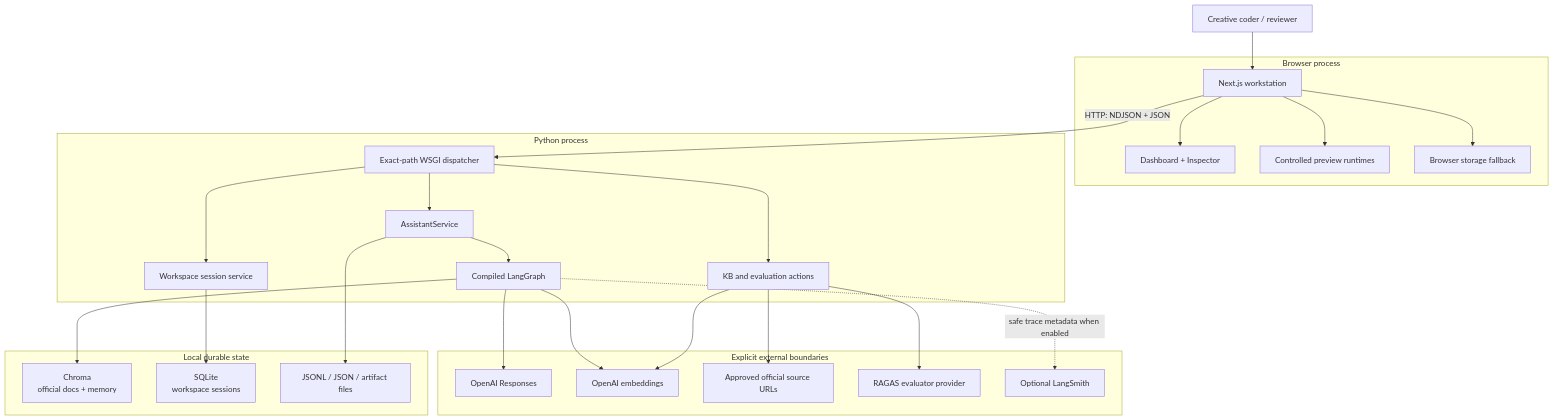
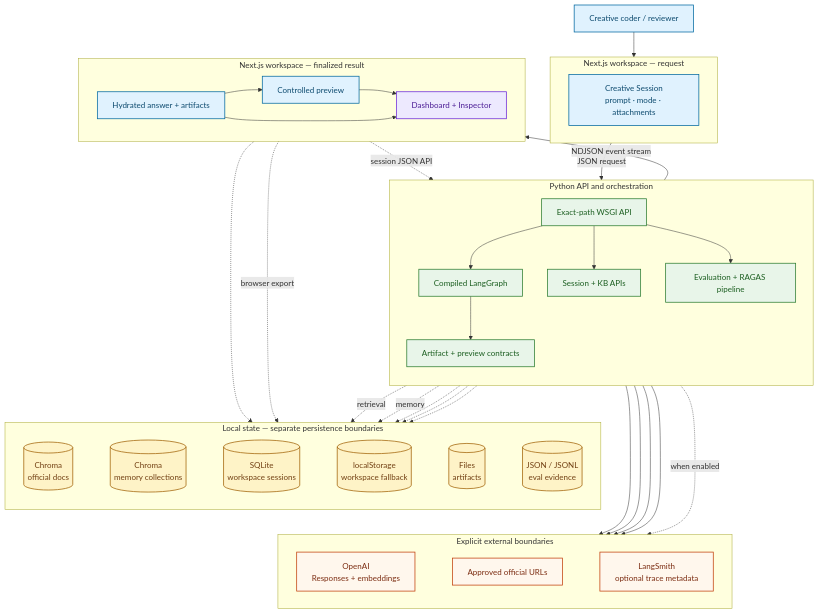
Before and after one commit to lmguerrini/creative-coding-assistant: the diagram in docs/SYSTEM_OVERVIEW.md, drawn with Mermaid. The commit also changed other lines of this file and 39 other files, not shown here.

First line of the commit message:
Clarify the current system architecture

````diff
--- a/docs/SYSTEM_OVERVIEW.md
+++ b/docs/SYSTEM_OVERVIEW.md
@@ -13,51 +20,80 @@
 ```mermaid
 flowchart TB
-    reviewer["Creative coder / reviewer"]
+    classDef client fill:#E0F2FE,stroke:#0369A1,color:#0C4A6E,stroke-width:1.5px
+    classDef runtime fill:#E8F5E9,stroke:#2E7D32,color:#1B5E20,stroke-width:1.5px
+    classDef store fill:#FEF3C7,stroke:#A16207,color:#713F12,stroke-width:1.5px
+    classDef external fill:#FFF7ED,stroke:#C2410C,color:#7C2D12,stroke-width:1.5px
+    classDef evidence fill:#EDE9FE,stroke:#6D28D9,color:#4C1D95,stroke-width:1.5px
 
-    subgraph browser["Browser process"]
-        next["Next.js workstation"]
-        dashboard["Dashboard + Inspector"]
-        renderer["Controlled preview runtimes"]
-        local_fallback["Browser storage fallback"]
-        next --> dashboard
-        next --> renderer
-        next --> local_fallback
+    user["Creative coder / reviewer"]:::client
+
+    subgraph request["Next.js workspace — request"]
+        direction LR
+        composer["Creative Session<br/>prompt · mode · attachments"]:::client
     end
 
-    subgraph backend["Python process"]
-        wsgi["Exact-path WSGI dispatcher"]
-        service["AssistantService"]
-        langgraph["Compiled LangGraph"]
-        kb_api["KB and evaluation actions"]
-        session_api["Workspace session service"]
-        wsgi --> service --> langgraph
-        wsgi --> kb_api
-        wsgi --> session_api
+    subgraph backend["Python API and orchestration"]
+        direction TB
+        api["Exact-path WSGI API"]:::runtime
+        workflow["Compiled LangGraph"]:::runtime
+        artifact["Artifact + preview contracts"]:::runtime
+        services["Session + KB APIs"]:::runtime
+        evaluation["Evaluation + RAGAS pipeline"]:::runtime
+
+        api --> workflow --> artifact
+        api --> services
+        api --> evaluation
     end
 
-    subgraph local["Local durable state"]
-        chroma["Chroma\nofficial docs + memory"]
-        sqlite["SQLite\nworkspace sessions"]
-        files["JSONL / JSON / artifact files"]
+    subgraph result["Next.js workspace — finalized result"]
+        direction LR
+        hydrate["Hydrated answer + artifacts"]:::client
+        preview["Controlled preview"]:::client
+        surfaces["Dashboard + Inspector"]:::evidence
+
+        hydrate --> preview --> surfaces
+        hydrate --> surfaces
     end
 
-    subgraph external["Explicit external boundaries"]
-        openai_gen["OpenAI Responses"]
-        openai_embed["OpenAI embeddings"]
-        official["Approved official source URLs"]
-        evaluator["RAGAS evaluator provider"]
-        traces["Optional LangSmith"]
+    subgraph state["Local state — separate persistence boundaries"]
+        direction LR
+        official_chroma[("Chroma<br/>official docs")]:::store
+        memory_chroma[("Chroma<br/>memory collections")]:::store
+        sqlite[("SQLite<br/>workspace sessions")]:::store
+        browser_cache[("localStorage<br/>workspace fallback")]:::store
+        artifact_files[("Files<br/>artifacts")]:::store
+        eval_files[("JSON / JSONL<br/>eval evidence")]:::store
+
+        official_chroma ~~~ memory_chroma ~~~ sqlite ~~~ browser_cache ~~~ artifact_files ~~~ eval_files
     end
 
-    reviewer --> next
-    next -->|"HTTP: NDJSON + JSON"| wsgi
-    langgraph --> chroma
-    session_api --> sqlite
-    service --> files
-    langgraph --> openai_gen
-    langgraph --> openai_embed
-    kb_api --> official
-    kb_api --> openai_embed
-    kb_api --> evaluator
-    langgraph -. "safe trace metadata when enabled" .-> traces
+    subgraph providers["Explicit external boundaries"]
+        direction LR
+        openai["OpenAI<br/>Responses + embeddings"]:::external
+        official["Approved official URLs"]:::external
+        langsmith["LangSmith<br/>optional trace metadata"]:::external
+
+        openai ~~~ official ~~~ langsmith
+    end
+
+    user --> composer
+    composer -->|"JSON request"| api
+    api -->|"NDJSON event stream"| hydrate
+
+    workflow -. "retrieval" .-> official_chroma
+    workflow -. "memory" .-> memory_chroma
+    services -.-> official_chroma
+    services -.-> sqlite
+    hydrate -. "session JSON API" .-> api
+    hydrate -.-> browser_cache
+    hydrate -. "browser export" .-> artifact_files
+    evaluation -.-> eval_files
+
+    workflow --> openai
+    services --> openai
+    services --> official
+    evaluation --> openai
+    workflow -. "when enabled" .-> langsmith
+
+    eval_files ~~~ openai
 ```
````
